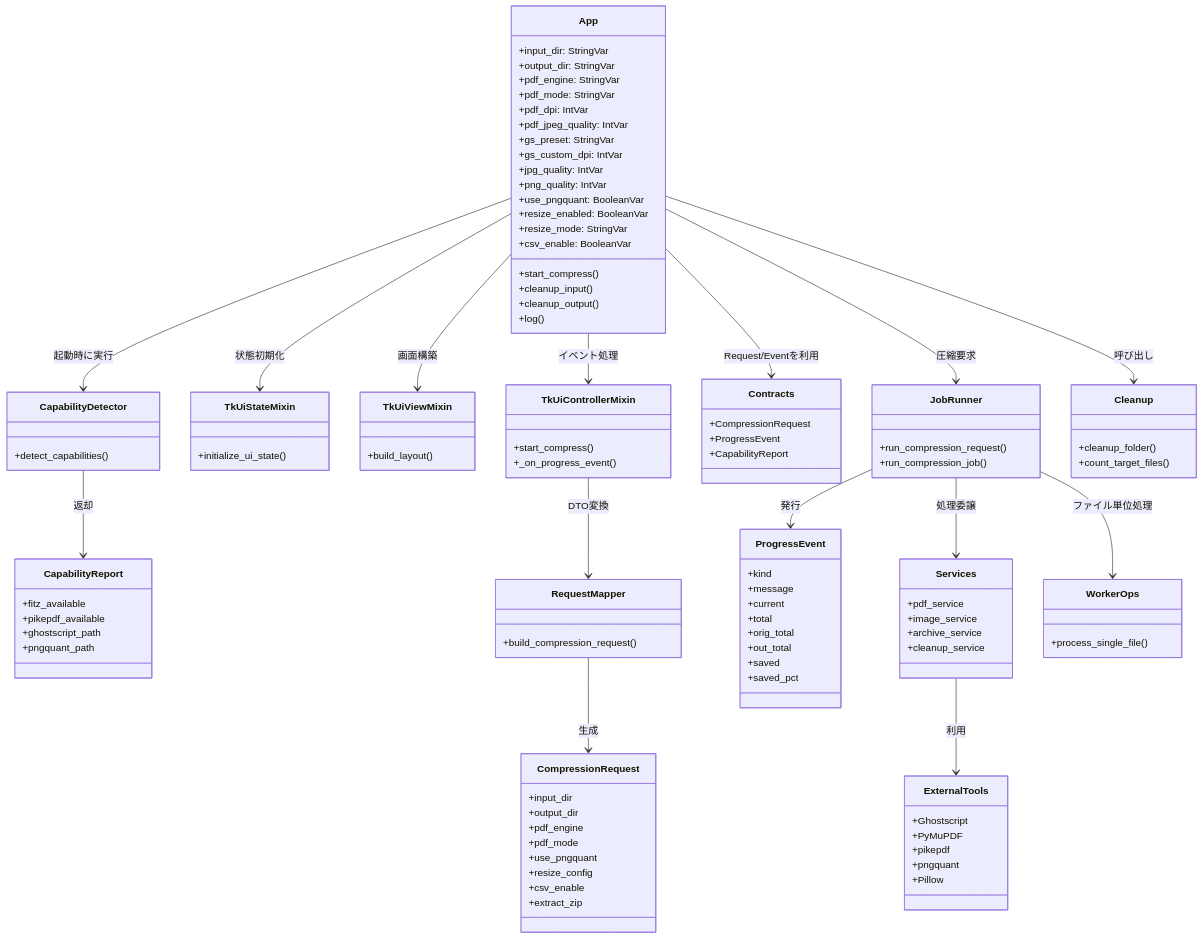
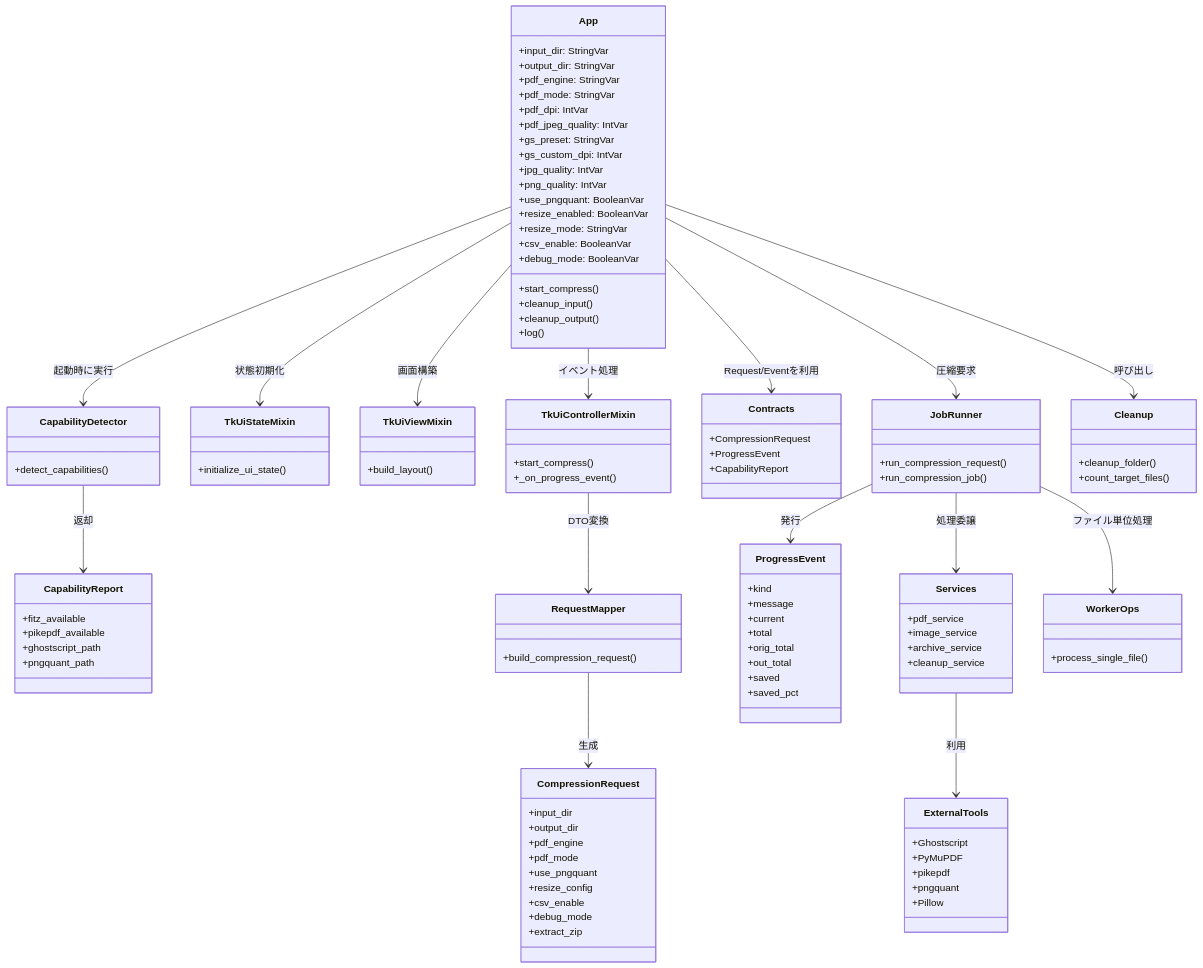
Before and after one commit to sho-kawasaki-dd/pjp_compressor_v2: the third of 3 diagrams in Documentation/flow_sequence_and_class_diagrams.md, drawn with Mermaid. The commit also changed other lines of this file and 26 other files, not shown here.

```diff
--- a/Documentation/flow_sequence_and_class_diagrams.md
+++ b/Documentation/flow_sequence_and_class_diagrams.md
@@ -128,6 +136,7 @@
         +resize_enabled: BooleanVar
         +resize_mode: StringVar
         +csv_enable: BooleanVar
+        +debug_mode: BooleanVar
         +start_compress()
         +cleanup_input()
         +cleanup_output()
@@ -176,6 +185,7 @@
         +use_pngquant
         +resize_config
         +csv_enable
+        +debug_mode
         +extract_zip
     }
 
```
